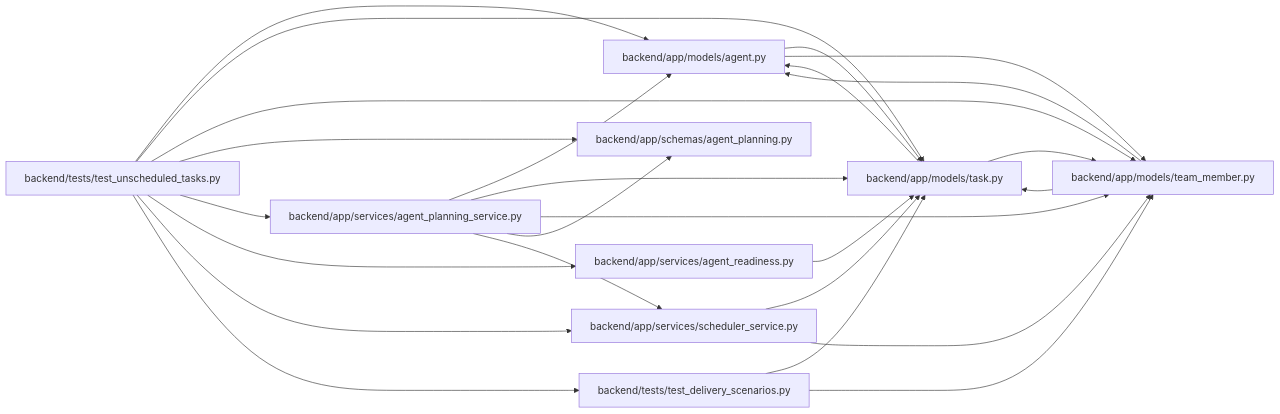
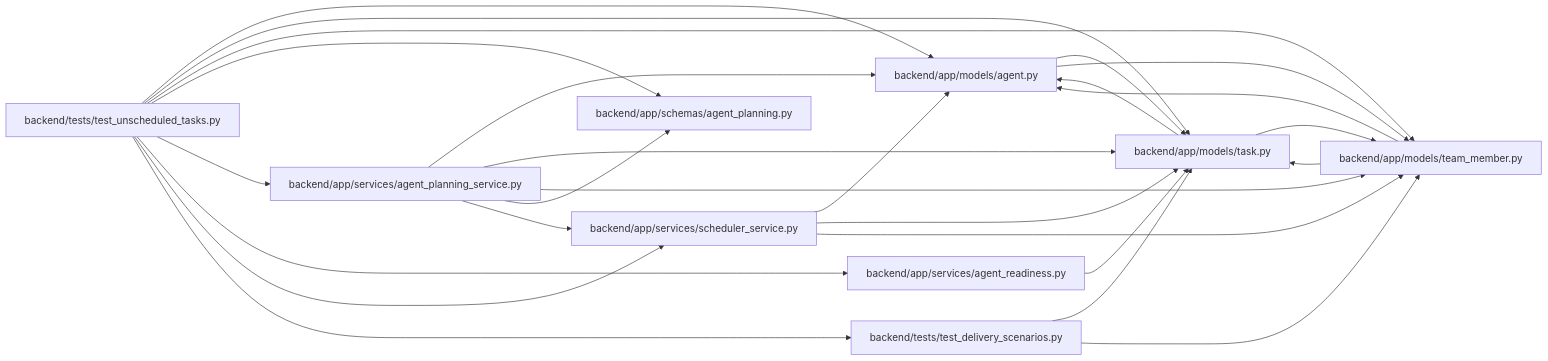
Before and after one commit to Denissvgn/WorkChord: the diagram in docs/llm_wiki/modules/test_unscheduled_tasks.md, drawn with Mermaid. The commit also changed 623 other files, not shown here.

````diff
--- a/docs/llm_wiki/modules/test_unscheduled_tasks.md
+++ b/docs/llm_wiki/modules/test_unscheduled_tasks.md
@@ -27,45 +27,46 @@
 ```mermaid
 flowchart LR
     n0["backend/app/models/agent.py"]
     n1["backend/app/models/task.py"]
     n2["backend/app/models/team_member.py"]
     n3["backend/app/schemas/agent_planning.py"]
     n4["backend/app/services/agent_planning_service.py"]
     n5["backend/app/services/agent_readiness.py"]
     n6["backend/app/services/scheduler_service.py"]
     n7["backend/tests/test_delivery_scenarios.py"]
     n8["backend/tests/test_unscheduled_tasks.py"]
     n0 --> n1
     n0 --> n2
     n1 --> n0
     n1 --> n2
     n2 --> n0
     n2 --> n1
     n4 --> n0
     n4 --> n1
     n4 --> n2
     n4 --> n3
     n4 --> n6
     n5 --> n1
+    n6 --> n0
     n6 --> n1
     n6 --> n2
     n7 --> n1
     n7 --> n2
     n8 --> n0
     n8 --> n1
     n8 --> n2
     n8 --> n3
     n8 --> n4
     n8 --> n5
     n8 --> n6
     n8 --> n7
     click n0 "../modules/models_agent.md"
     click n1 "../modules/models_task.md"
     click n2 "../modules/team_member.md"
     click n3 "../modules/schemas_agent_planning.md"
     click n4 "../modules/agent_planning_service.md"
     click n5 "../modules/agent_readiness.md"
     click n6 "../modules/scheduler_service.md"
     click n7 "../modules/test_delivery_scenarios.md"
     click n8 "../modules/test_unscheduled_tasks.md"
 ```
````
